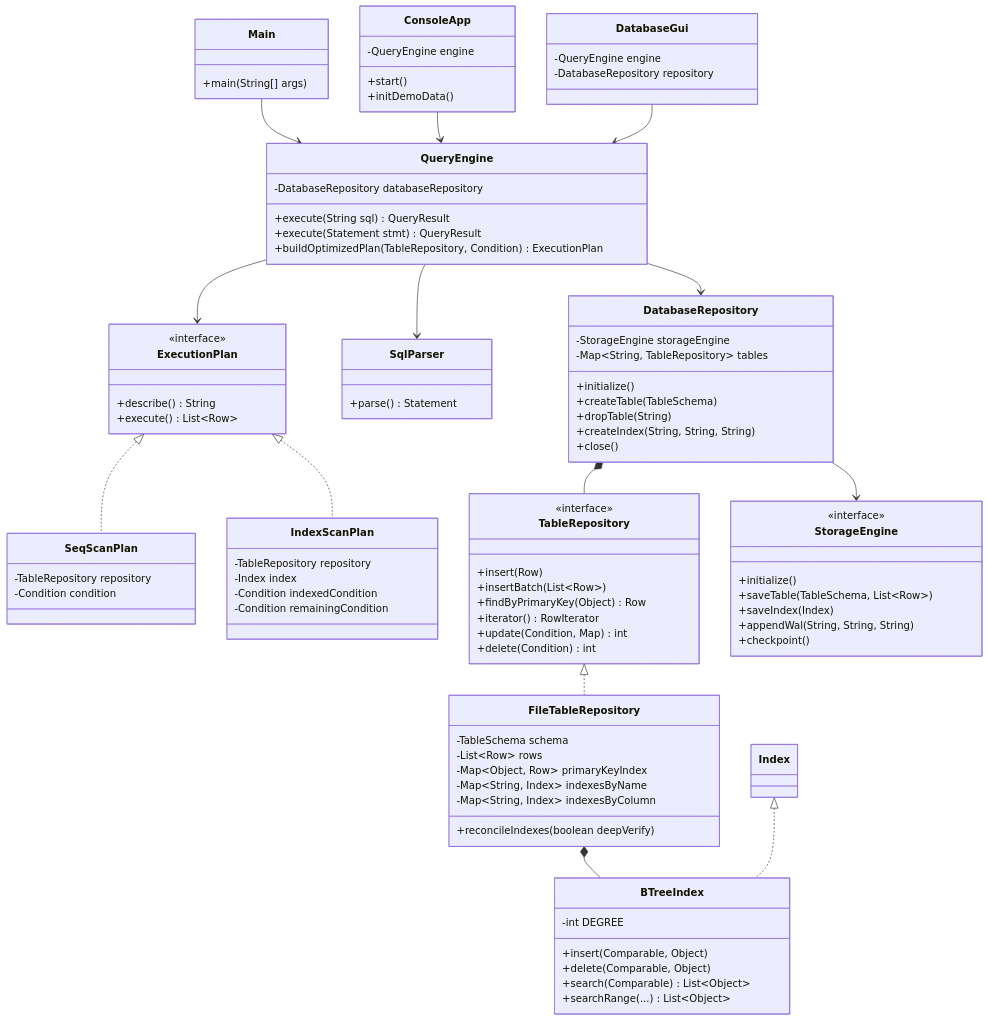
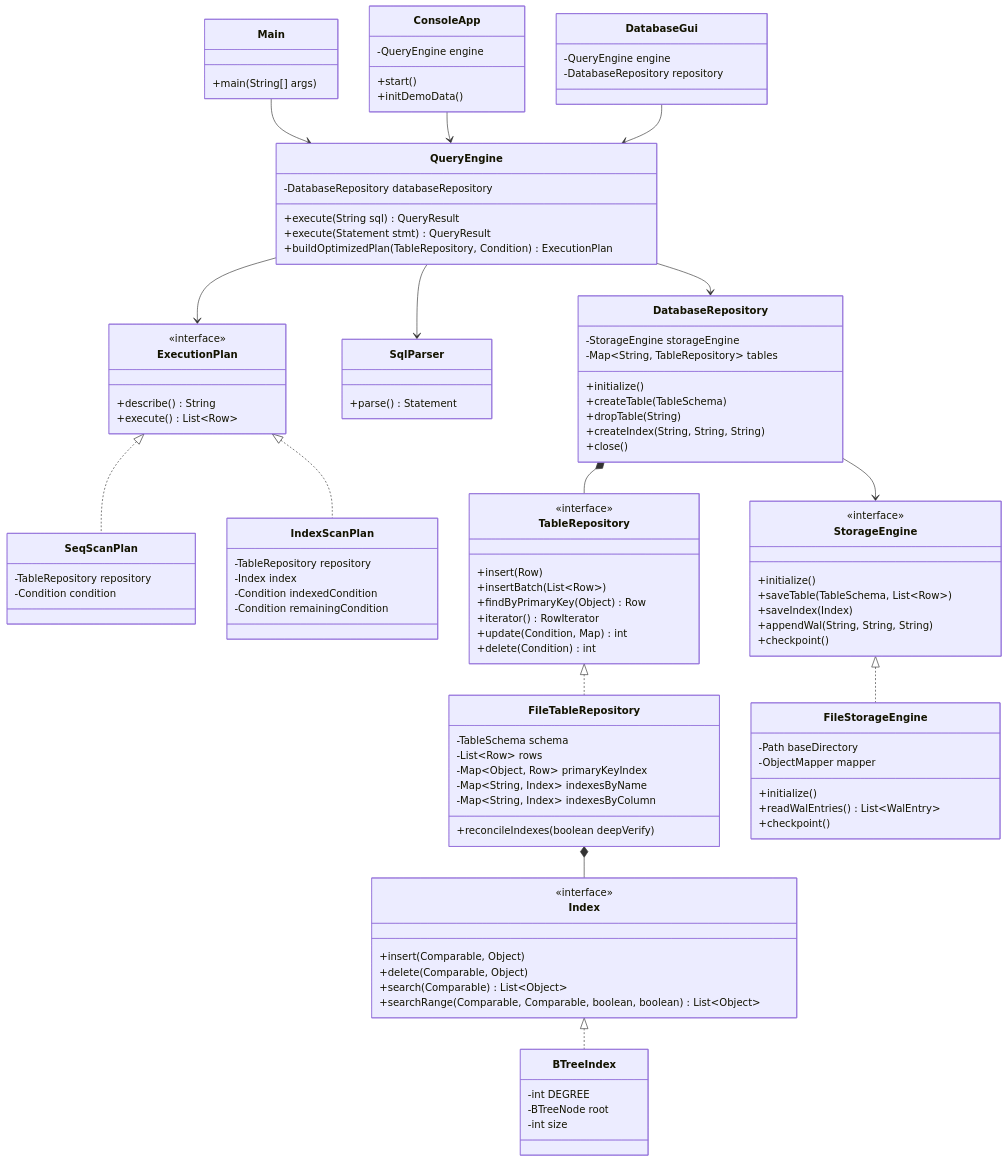
The first of 3 diagrams in README.md (DanislonZombovich/java-lab2), drawn with Mermaid before and after one commit. The commit also changed other lines of this file and 2 other files, not shown here.

````diff
--- a/README.md
+++ b/README.md
@@ -123,12 +112,24 @@
         +appendWal(String, String, String)
         +checkpoint()
     }
-    class BTreeIndex {
-        -int DEGREE
+    class FileStorageEngine {
+        -Path baseDirectory
+        -ObjectMapper mapper
+        +initialize()
+        +readWalEntries() List~WalEntry~
+        +checkpoint()
+    }
+    class Index {
+        <<interface>>
         +insert(Comparable, Object)
         +delete(Comparable, Object)
         +search(Comparable) List~Object~
-        +searchRange(...) List~Object~
+        +searchRange(Comparable, Comparable, boolean, boolean) List~Object~
+    }
+    class BTreeIndex {
+        -int DEGREE
+        -BTreeNode root
+        -int size
     }
 
     Main --> QueryEngine
@@ -141,7 +142,8 @@
     ExecutionPlan <|.. IndexScanPlan
     DatabaseRepository *-- TableRepository
     DatabaseRepository --> StorageEngine
+    StorageEngine <|.. FileStorageEngine
     TableRepository <|.. FileTableRepository
-    FileTableRepository *-- BTreeIndex
+    FileTableRepository *-- Index
     Index <|.. BTreeIndex
 ```
````
